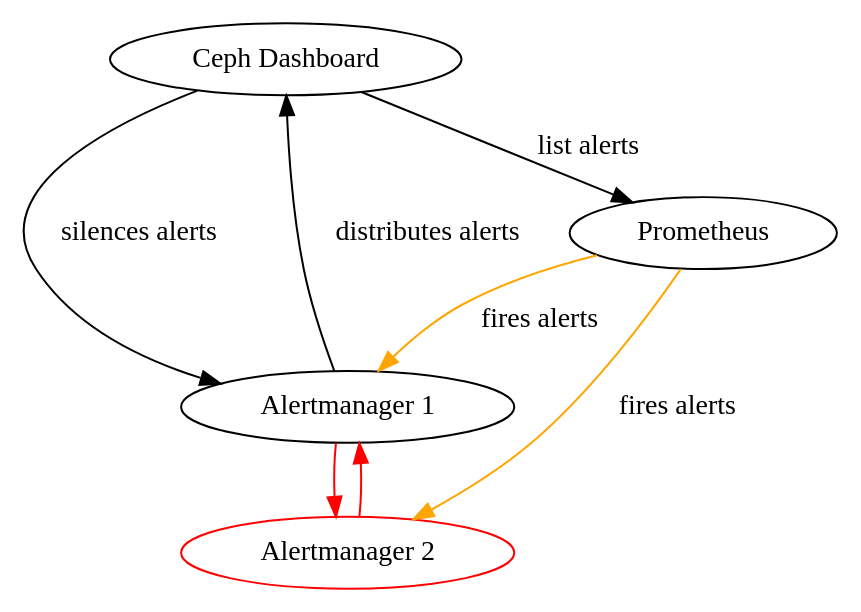
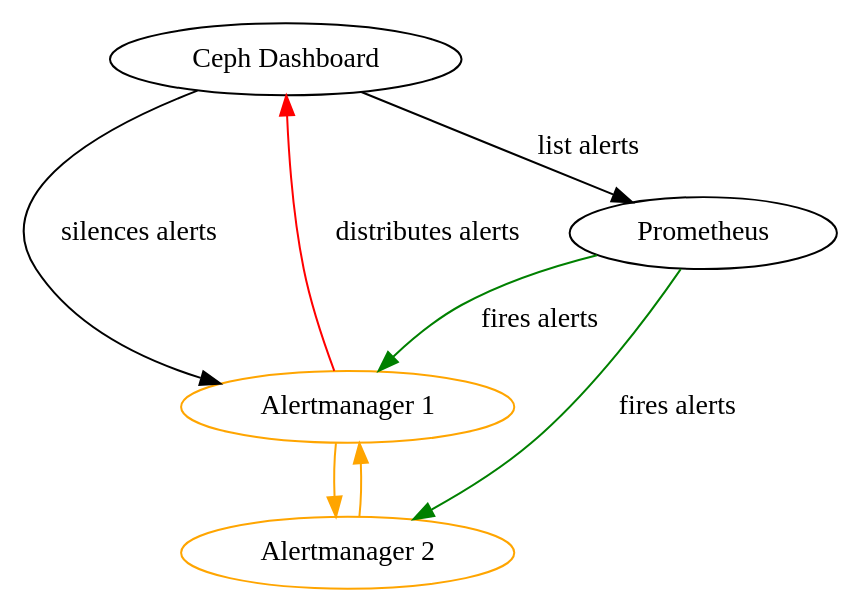
Before and after one commit to p-se/ses7-transfer-training-monitoring: the diagram in images/plus_alertmanager.dot, drawn with Graphviz. The commit also changed 21 other files, not shown here.

```diff
--- a/images/plus_alertmanager.dot
+++ b/images/plus_alertmanager.dot
@@ -1,18 +1,19 @@
 digraph G {
     rankdir=TB
     // "Ceph Dashboard" -> Notifications [label="shows notifications"];
     "Ceph Dashboard" -> "Alertmanager 1" [label="silences alerts"];
     // "Ceph Dashboard" -> Grafana [label="shows graphs"];
     "Ceph Dashboard" -> Prometheus [label="list alerts"];
     // Prometheus -> "Node Exporter [1..n]" [label="scrapes data"];
     // Prometheus -> "Prometheus Manager Module [1]" [label="scrapes data"];
-    Prometheus -> "Alertmanager 1" [label="fires alerts", color="orange"];
-    Prometheus -> "Alertmanager 2" [label="fires alerts", color="orange"];
-    "Alertmanager 1" -> "Ceph Dashboard" [label="distributes alerts"];
+    Prometheus -> "Alertmanager 1" [label="fires alerts", color="green"];
+    Prometheus -> "Alertmanager 2" [label="fires alerts", color="green"];
+    "Alertmanager 1" -> "Ceph Dashboard" [label="distributes alerts", color="red"];
     // "Alertmanager 2" -> "Ceph Dashboard" [label="distributes alerts"];
-    "Alertmanager 1" -> "Alertmanager 2" [color="red"];
-    "Alertmanager 2" [color="red"];
-    "Alertmanager 2" -> "Alertmanager 1" [color="red"];
+    "Alertmanager 1" [color="orange"];
+    "Alertmanager 1" -> "Alertmanager 2" [color="orange"];
+    "Alertmanager 2" [color="orange"];
+    "Alertmanager 2" -> "Alertmanager 1" [color="orange"];
     // Grafana -> Prometheus [label="requests data"];
     // Notifications[color=green];
 }
```
